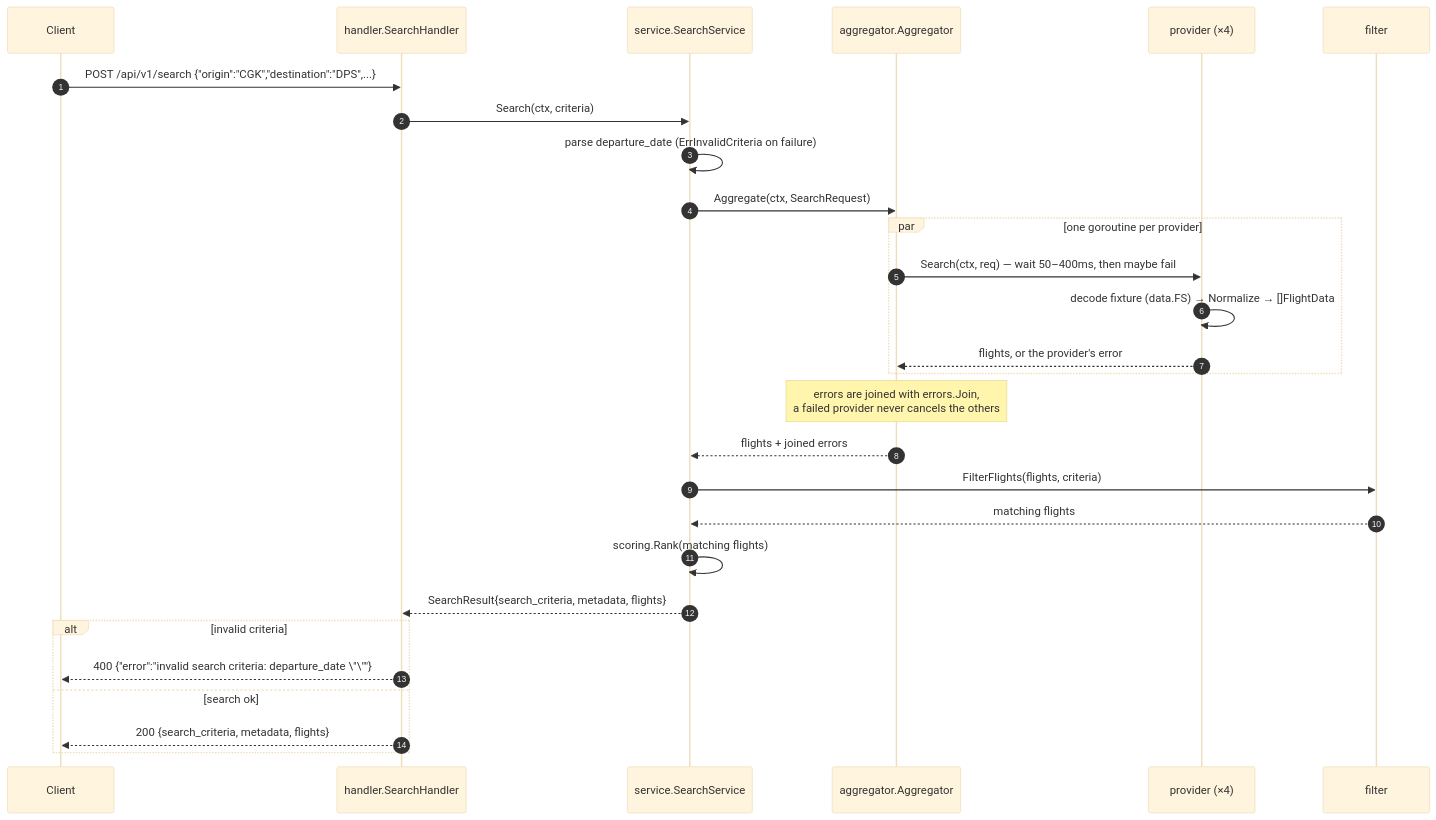
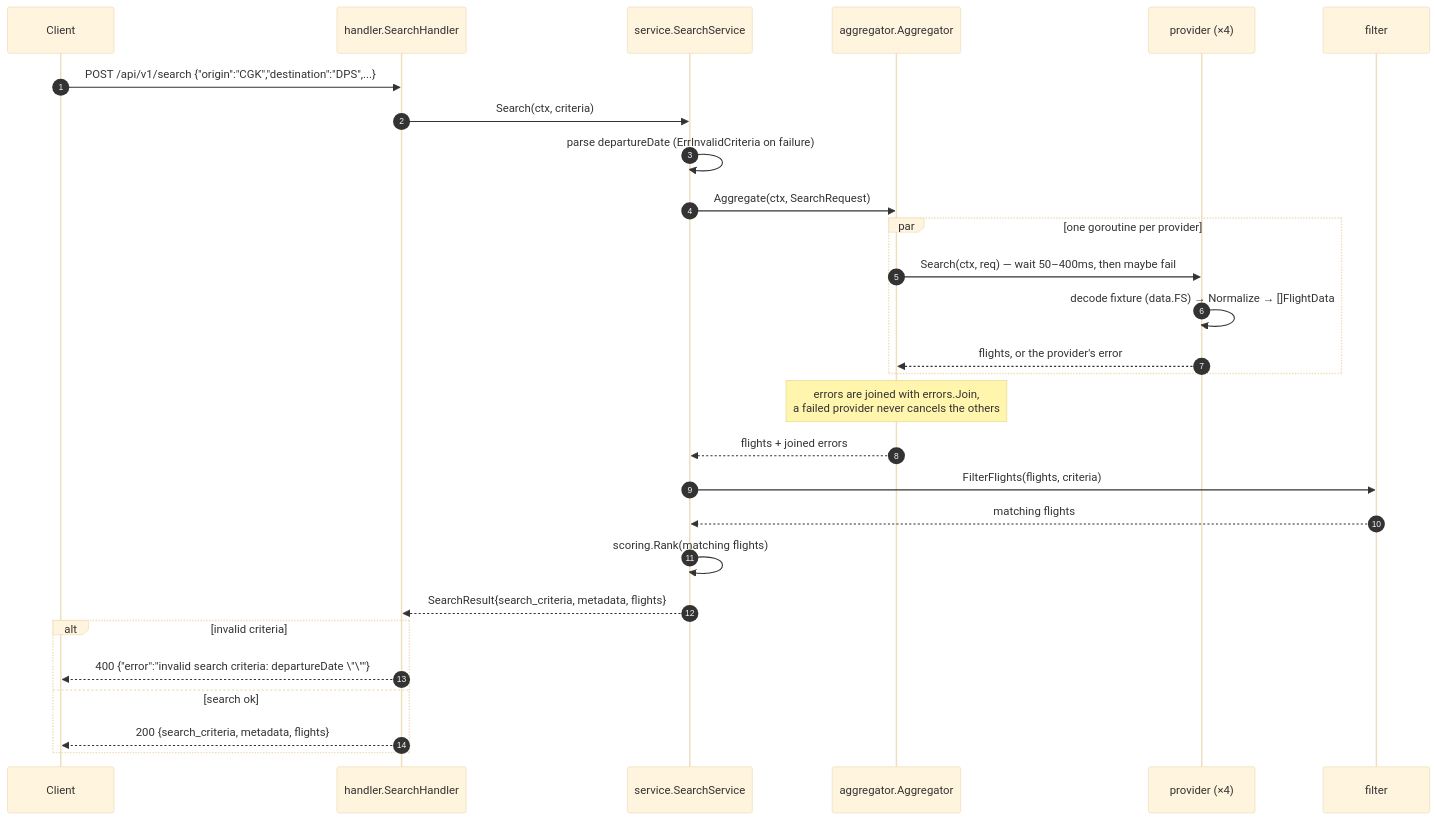
One commit to setiahartono/bookcabin-flight changed the diagram in README.md. Above: the diagram before and after it, drawn with Mermaid (base theme). The commit also changed other lines of this file and 4 other files, not shown here.

````diff
--- a/README.md
+++ b/README.md
@@ -57,31 +57,31 @@
 ```mermaid
 sequenceDiagram
     autonumber
     participant C as Client
     participant H as handler.SearchHandler
     participant S as service.SearchService
     participant A as aggregator.Aggregator
     participant P as provider (×4)
     participant F as filter
 
     C->>H: POST /api/v1/search {"origin":"CGK","destination":"DPS",...}
     H->>S: Search(ctx, criteria)
-    S->>S: parse departure_date (ErrInvalidCriteria on failure)
+    S->>S: parse departureDate (ErrInvalidCriteria on failure)
     S->>A: Aggregate(ctx, SearchRequest)
     par one goroutine per provider
         A->>P: Search(ctx, req) — wait 50–400ms, then maybe fail
         P->>P: decode fixture (data.FS) → Normalize → []FlightData
         P-->>A: flights, or the provider's error
     end
     Note over A: errors are joined with errors.Join,<br/>a failed provider never cancels the others
     A-->>S: flights + joined errors
     S->>F: FilterFlights(flights, criteria)
     F-->>S: matching flights
     S->>S: scoring.Rank(matching flights)
     S-->>H: SearchResult{search_criteria, metadata, flights}
     alt invalid criteria
-        H-->>C: 400 {"error":"invalid search criteria: departure_date \"\""}
+        H-->>C: 400 {"error":"invalid search criteria: departureDate \"\""}
     else search ok
         H-->>C: 200 {search_criteria, metadata, flights}
     end
 ```
````
